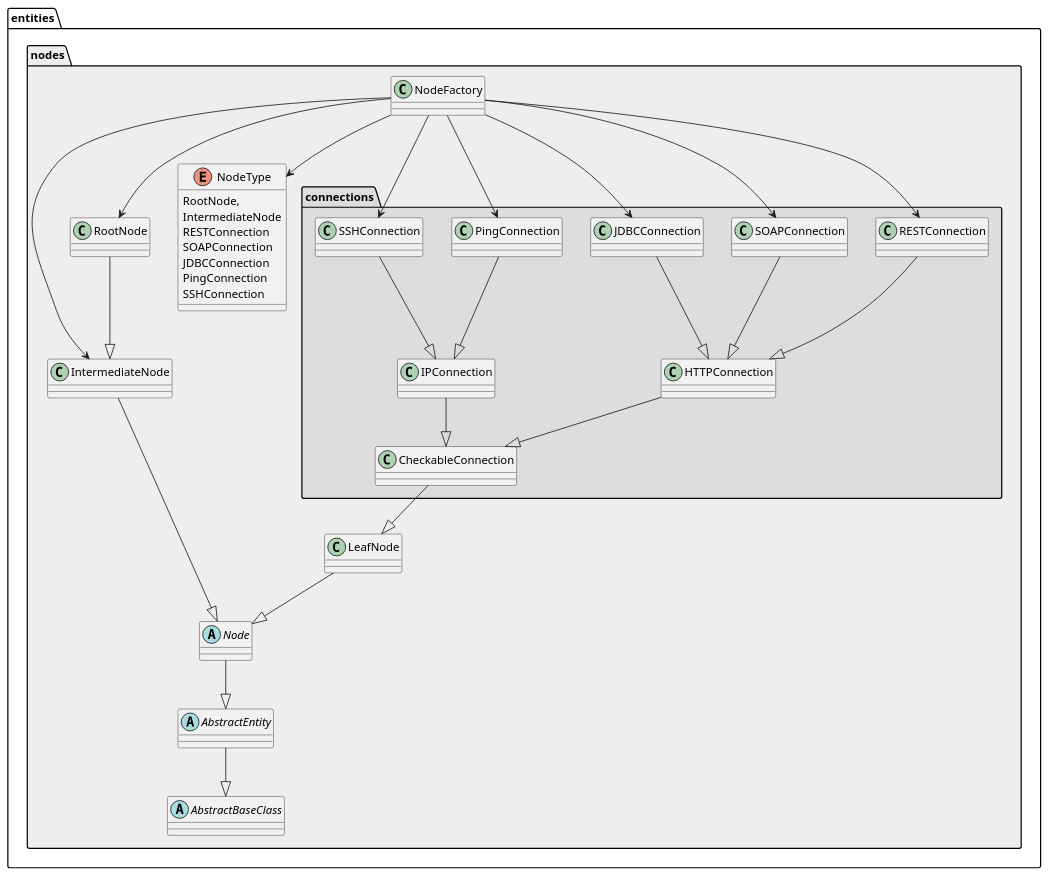
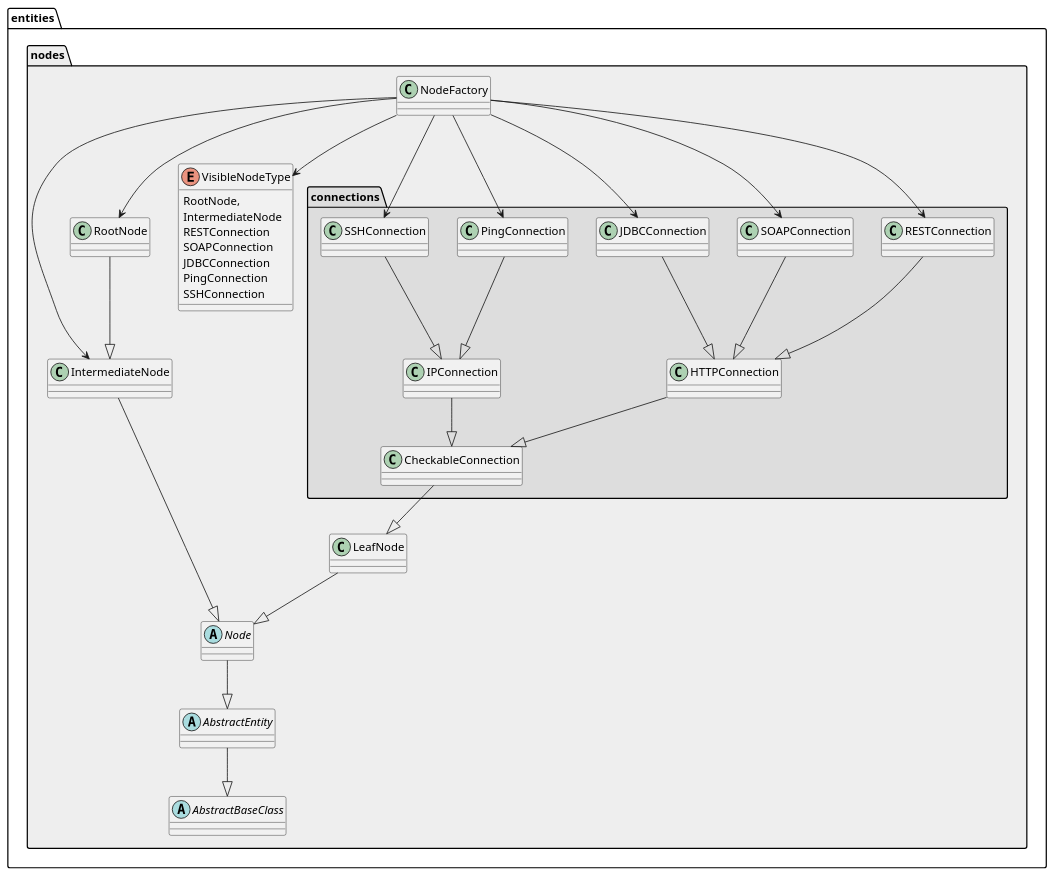
One commit to mmoser18/kismon changed the diagram in docs/entities_nodes.puml. Above: the diagram before and after it, drawn with PlantUML. The commit also changed 8 other files, not shown here.

```diff
--- a/docs/entities_nodes.puml
+++ b/docs/entities_nodes.puml
@@ -1,51 +1,51 @@
 @startuml
 
 package "entities.nodes" #EEEEEE {
 
 	abstract class AbstractBaseClass
 	abstract class AbstractEntity
 	abstract class Node
 	abstract class LeafNode
 	
 	class LeafNode
 	class IntermediateNode
 	class RootNode
 	
 	AbstractEntity --|> AbstractBaseClass
 	Node --|> AbstractEntity
 	LeafNode --|> Node
 	IntermediateNode --|> Node
 	RootNode --|> IntermediateNode
 	
 	package "entities.nodes.connections" #DDDDDD {
 		CheckableConnection --|> LeafNode
 		HTTPConnection --|> CheckableConnection
 		IPConnection   --|> CheckableConnection
 		RESTConnection --|> HTTPConnection
 		SOAPConnection --|> HTTPConnection
 		JDBCConnection --|> HTTPConnection
 		PingConnection --|> IPConnection
 		SSHConnection  --|> IPConnection
 	}
 
-	enum NodeType { 
+	enum VisibleNodeType {
 		RootNode,
 		IntermediateNode
 		RESTConnection
 		SOAPConnection
 		JDBCConnection
 		PingConnection
 		SSHConnection
 	}	
 	
 	NodeFactory --> RootNode
 	NodeFactory --> IntermediateNode
 	NodeFactory --> RESTConnection
 	NodeFactory --> SOAPConnection
 	NodeFactory --> JDBCConnection
 	NodeFactory --> PingConnection
 	NodeFactory --> SSHConnection
-	NodeFactory --> NodeType
+	NodeFactory --> VisibleNodeType
 }
 
 @enduml
```
